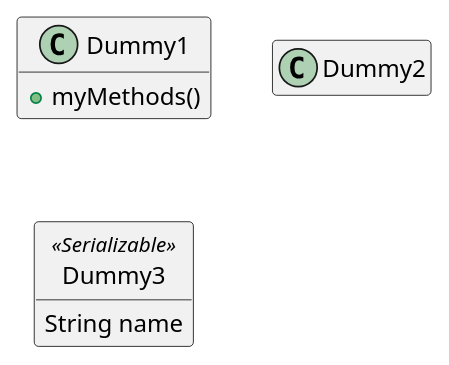
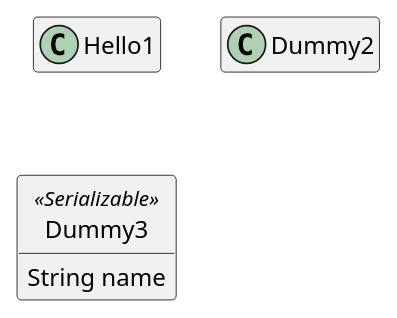
Before and after one commit to Matthias-Hess/plantuml-test: the diagram in Test.puml, drawn with PlantUML.

```diff
--- a/Test.puml
+++ b/Test.puml
@@ -1,18 +1,18 @@
 @startuml
-class Dummy1 {
+class Hello1 {
   +myMethods()
 }
 
 class Dummy2 {
   +hiddenMethod()
 }
 
 class Dummy3 <<Serializable>> {
 String name
 }
 
 hide members
 hide <<Serializable>> circle
 show Dummy1 methods
 show <<Serializable>> fields
 @enduml
```
